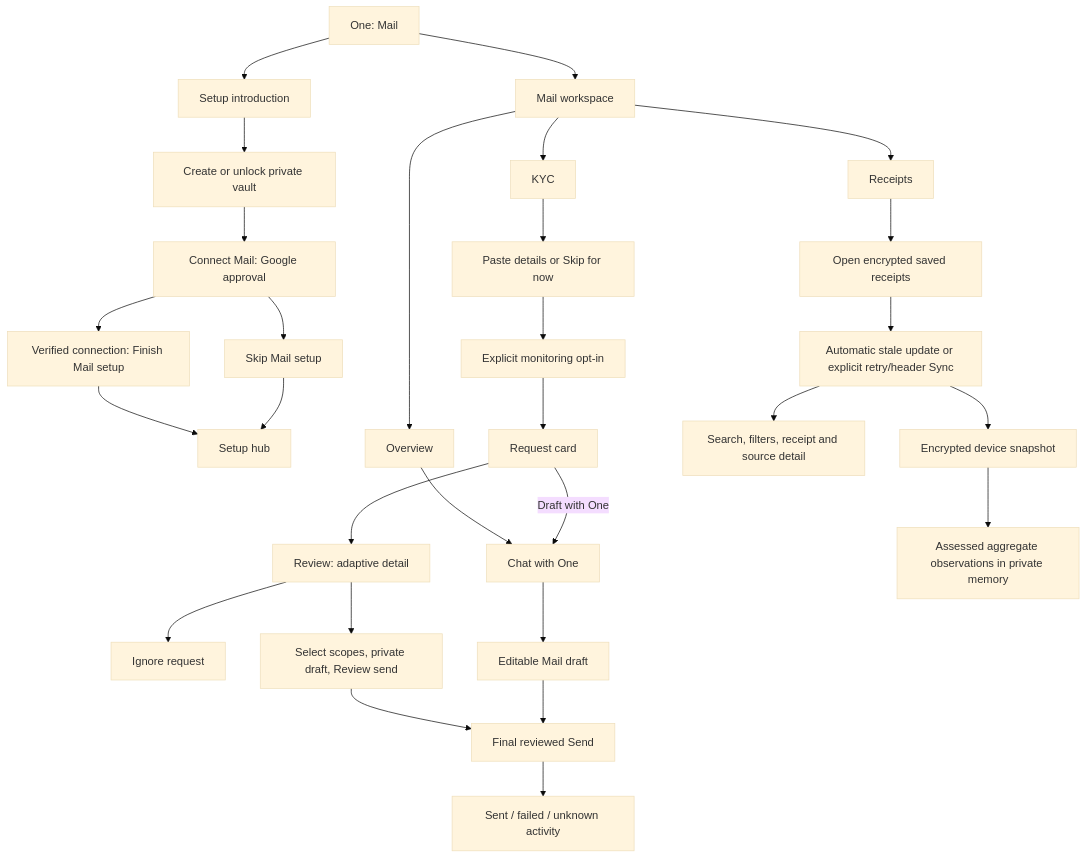
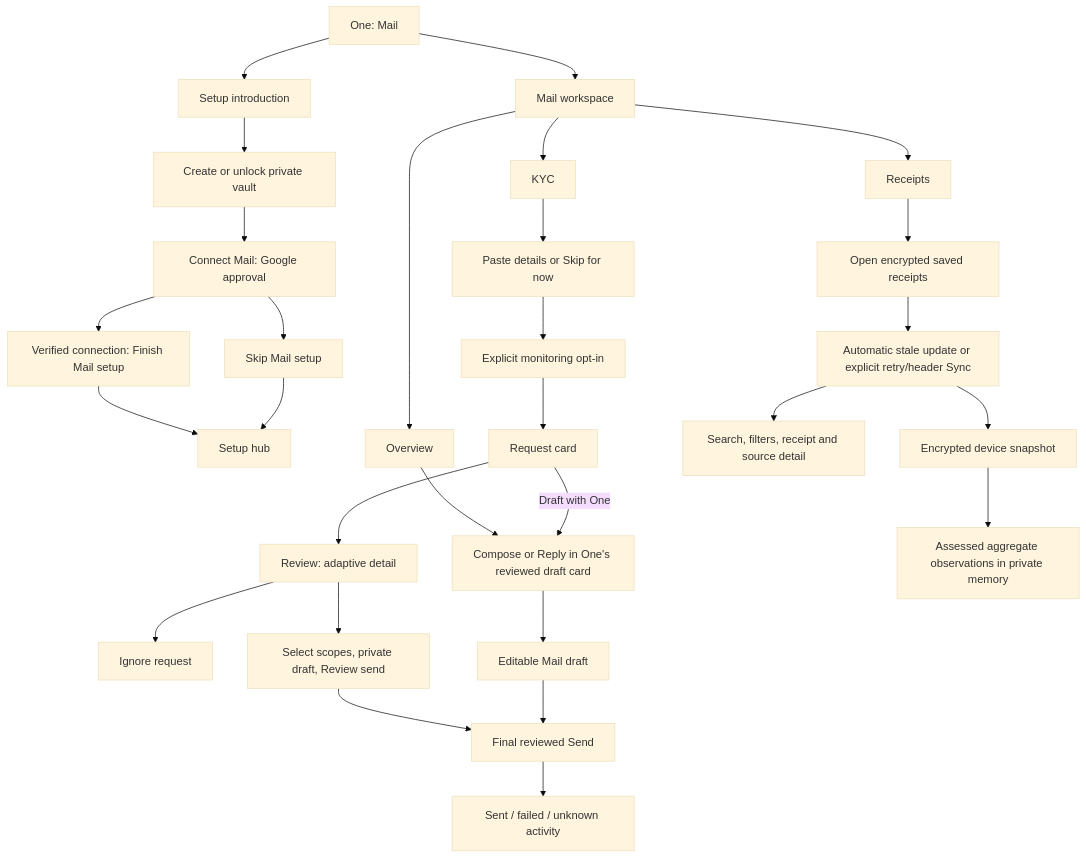
The diagram in hushh-webapp/docs/ui-contracts/mail.md (hushh-labs/hushh-research), drawn with Mermaid (base theme) before and after one commit. The commit also changed other lines of this file and 74 other files, not shown here.

````diff
--- a/hushh-webapp/docs/ui-contracts/mail.md
+++ b/hushh-webapp/docs/ui-contracts/mail.md
@@ -137,31 +137,31 @@
 ```mermaid
 flowchart TD
   roster["One: Mail"] --> setup["Setup introduction"]
   setup --> lock["Create or unlock private vault"]
   lock --> connect["Connect Mail: Google approval"]
   connect --> finish["Verified connection: Finish Mail setup"]
   connect --> skip["Skip Mail setup"]
   finish --> hub["Setup hub"]
   skip --> hub
   roster --> mail["Mail workspace"]
   mail --> overview["Overview"]
   mail --> kyc["KYC"]
   mail --> receipts["Receipts"]
-  overview --> one["Chat with One"]
+  overview --> one["Compose or Reply in One's reviewed draft card"]
   kyc --> profile["Paste details or Skip for now"]
   profile --> monitor["Explicit monitoring opt-in"]
   monitor --> request["Request card"]
   request --> review["Review: adaptive detail"]
   review --> ignore["Ignore request"]
   review --> direct["Select scopes, private draft, Review send"]
   direct --> send
   request -->|Draft with One| one
   receipts --> restore["Open encrypted saved receipts"]
   restore --> scan["Automatic stale update or explicit retry/header Sync"]
   scan --> list["Search, filters, receipt and source detail"]
   scan --> saved["Encrypted device snapshot"]
   saved --> memory["Assessed aggregate observations in private memory"]
   one --> draft["Editable Mail draft"]
   draft --> send["Final reviewed Send"]
   send --> activity["Sent / failed / unknown activity"]
 ```
````
